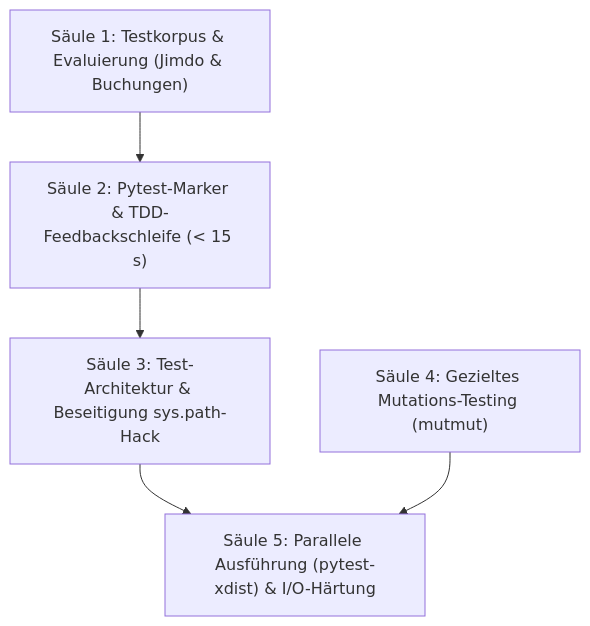
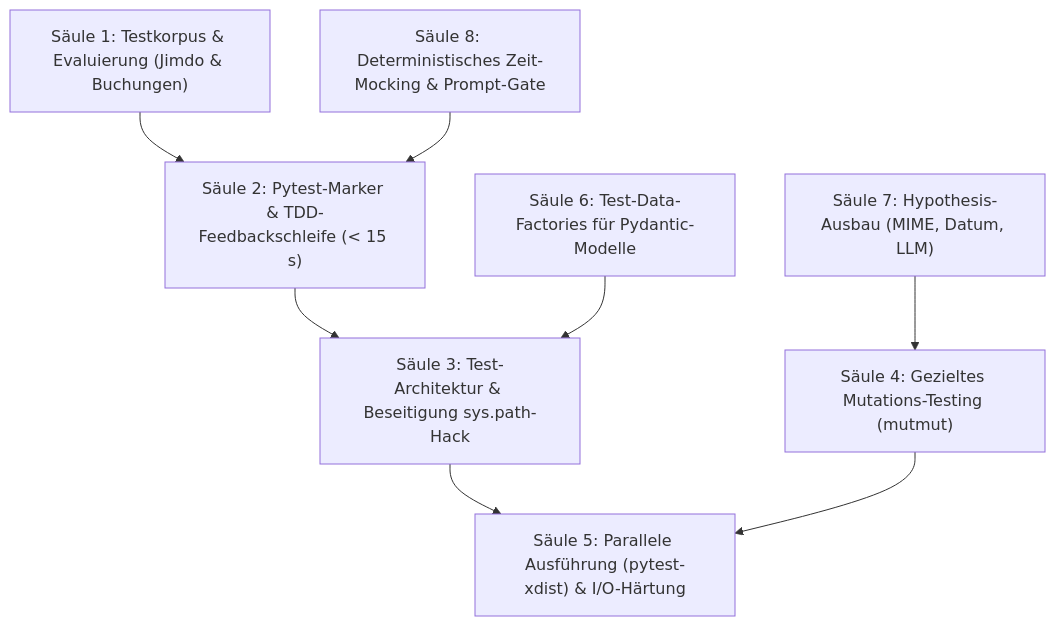
One commit to Teichhofer/Mailhelp changed the diagram in docs/Planung-4.1.md. Above: the diagram before and after it, drawn with Mermaid. The commit also changed other lines of this file and 51 other files, not shown here.

````diff
--- a/docs/Planung-4.1.md
+++ b/docs/Planung-4.1.md
@@ -31,13 +35,19 @@
 ```mermaid
 flowchart TD
     S1["Säule 1: Testkorpus & Evaluierung (Jimdo & Buchungen)"]
     S2["Säule 2: Pytest-Marker & TDD-Feedbackschleife (< 15 s)"]
     S3["Säule 3: Test-Architektur & Beseitigung sys.path-Hack"]
     S4["Säule 4: Gezieltes Mutations-Testing (mutmut)"]
     S5["Säule 5: Parallele Ausführung (pytest-xdist) & I/O-Härtung"]
+    S6["Säule 6: Test-Data-Factories für Pydantic-Modelle"]
+    S7["Säule 7: Hypothesis-Ausbau (MIME, Datum, LLM)"]
+    S8["Säule 8: Deterministisches Zeit-Mocking & Prompt-Gate"]
 
     S1 --> S2
     S2 --> S3
+    S6 --> S3
     S3 --> S5
     S4 --> S5
+    S7 --> S4
+    S8 --> S2
 ```
````
